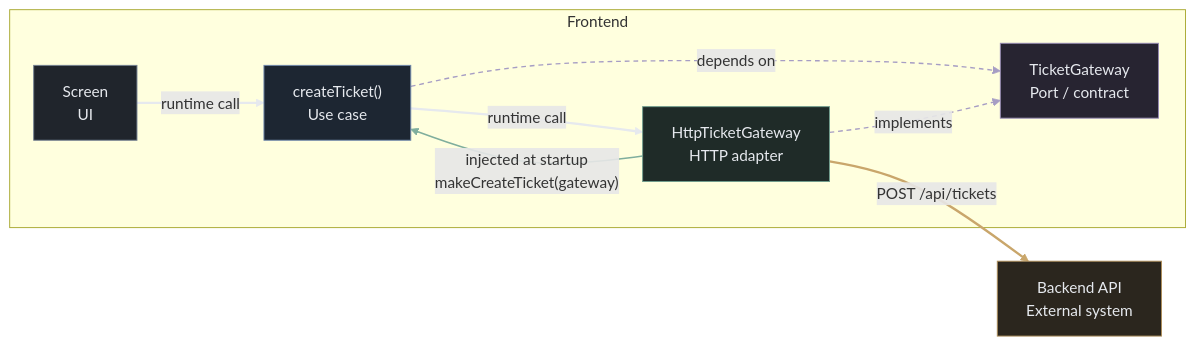
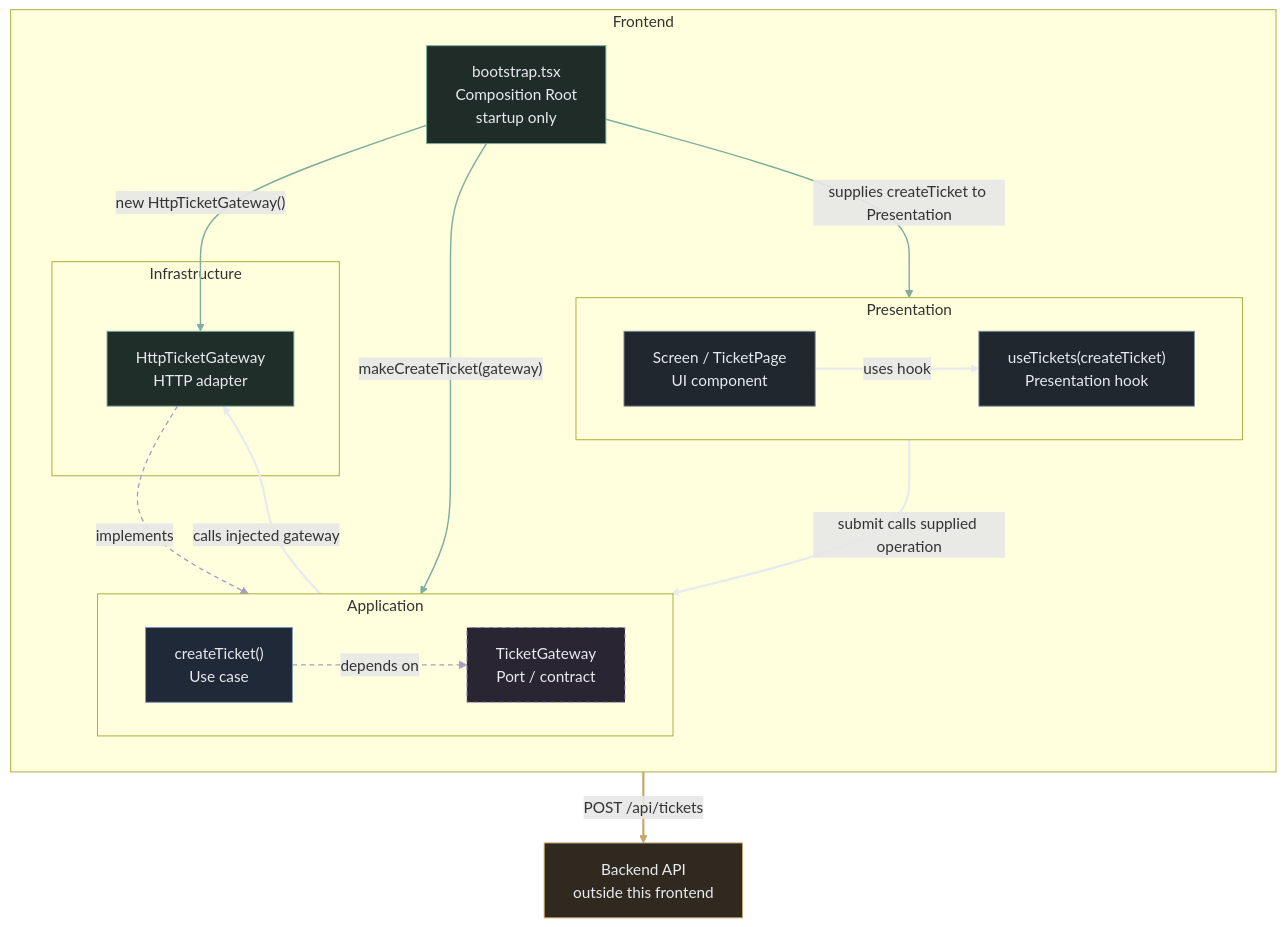
Before and after one commit to AndresTaoFlorez/software-architecture: the diagram in frontend/ports-and-adapters.md, drawn with Mermaid. The commit also changed other lines of this file and 1 other file, not shown here.

Commit message:
docs: correct Ports and Adapters runtime and composition diagram

````diff
--- a/frontend/ports-and-adapters.md
+++ b/frontend/ports-and-adapters.md
@@ -34,36 +36,55 @@
 ```mermaid
-flowchart LR
+flowchart TB
     subgraph FRONTEND["Frontend"]
-        UI["Screen<br/>UI"]
-        USECASE["createTicket()<br/>Use case"]
-        ADAPTER["HttpTicketGateway<br/>HTTP adapter"]
-        PORT["TicketGateway<br/>Port / contract"]
+        direction TB
 
-        UI ==>|"runtime call"| USECASE
-        USECASE ==>|"runtime call"| ADAPTER
+        subgraph PRESENTATION["Presentation"]
+            direction LR
+            SCREEN["Screen / TicketPage<br/>UI component"]
+            HOOK["useTickets(createTicket)<br/>Presentation hook"]
+            SCREEN ==>|"uses hook"| HOOK
+        end
 
-        USECASE -.->|"depends on"| PORT
+        subgraph APPLICATION["Application"]
+            direction LR
+            PORT["TicketGateway<br/>Port / contract"]
+            USECASE["createTicket()<br/>Use case"]
+            USECASE -.->|"depends on"| PORT
+        end
+
+        subgraph INFRASTRUCTURE["Infrastructure"]
+            ADAPTER["HttpTicketGateway<br/>HTTP adapter"]
+        end
+
+        HOOK ==>|"submit calls supplied operation"| USECASE
+        USECASE ==>|"calls injected gateway"| ADAPTER
         ADAPTER -.->|"implements"| PORT
-        ADAPTER -->|"injected at startup<br/>makeCreateTicket(gateway)"| USECASE
+
+        BOOT["bootstrap.tsx<br/>Composition Root<br/>startup only"]
+        BOOT -->|"new HttpTicketGateway()"| ADAPTER
+        BOOT -->|"makeCreateTicket(gateway)"| USECASE
+        BOOT -->|"supplies createTicket to Presentation"| HOOK
     end
 
-    API["Backend API<br/>External system"]
+    API["Backend API<br/>outside this frontend"]
     ADAPTER ==>|"POST /api/tickets"| API
 
-    classDef ui fill:#20252c,stroke:#738091,color:#e6e9ee
-    classDef application fill:#1d2632,stroke:#7089ad,color:#e6e9ee
-    classDef port fill:#272431,stroke:#9489b2,color:#e6e9ee
-    classDef adapter fill:#1f2b28,stroke:#719d8d,color:#e6e9ee
-    classDef external fill:#2b261e,stroke:#ad8e5b,color:#e6e9ee
+    classDef presentation fill:#20272f,stroke:#7f8c9c,color:#e7eaee
+    classDef application fill:#202938,stroke:#7f98bc,color:#e7eaee
+    classDef port fill:#292532,stroke:#a79dc5,color:#e7eaee,stroke-dasharray:5 4
+    classDef adapter fill:#202e29,stroke:#7fae9d,color:#e7eaee
+    classDef composition fill:#1f2c28,stroke:#7fae9d,color:#e7eaee
+    classDef external fill:#30291f,stroke:#c9a66b,color:#e7eaee
 
-    class UI ui
+    class SCREEN,HOOK presentation
     class USECASE application
     class PORT port
     class ADAPTER adapter
+    class BOOT composition
     class API external
 
-    linkStyle 0,1 stroke:#e6e9ee,stroke-width:2.4px
-    linkStyle 2,3 stroke:#a69dc4,stroke-width:1.4px,stroke-dasharray:5 4
-    linkStyle 4 stroke:#7fae9d,stroke-width:1.6px
-    linkStyle 5 stroke:#c9a66b,stroke-width:2.4px
+    linkStyle 0,2,3 stroke:#e7eaee,stroke-width:2.3px
+    linkStyle 1,4 stroke:#a79dc5,stroke-width:1.4px,stroke-dasharray:5 4
+    linkStyle 5,6,7 stroke:#7fae9d,stroke-width:1.5px
+    linkStyle 8 stroke:#c9a66b,stroke-width:2.3px
 ```
````
